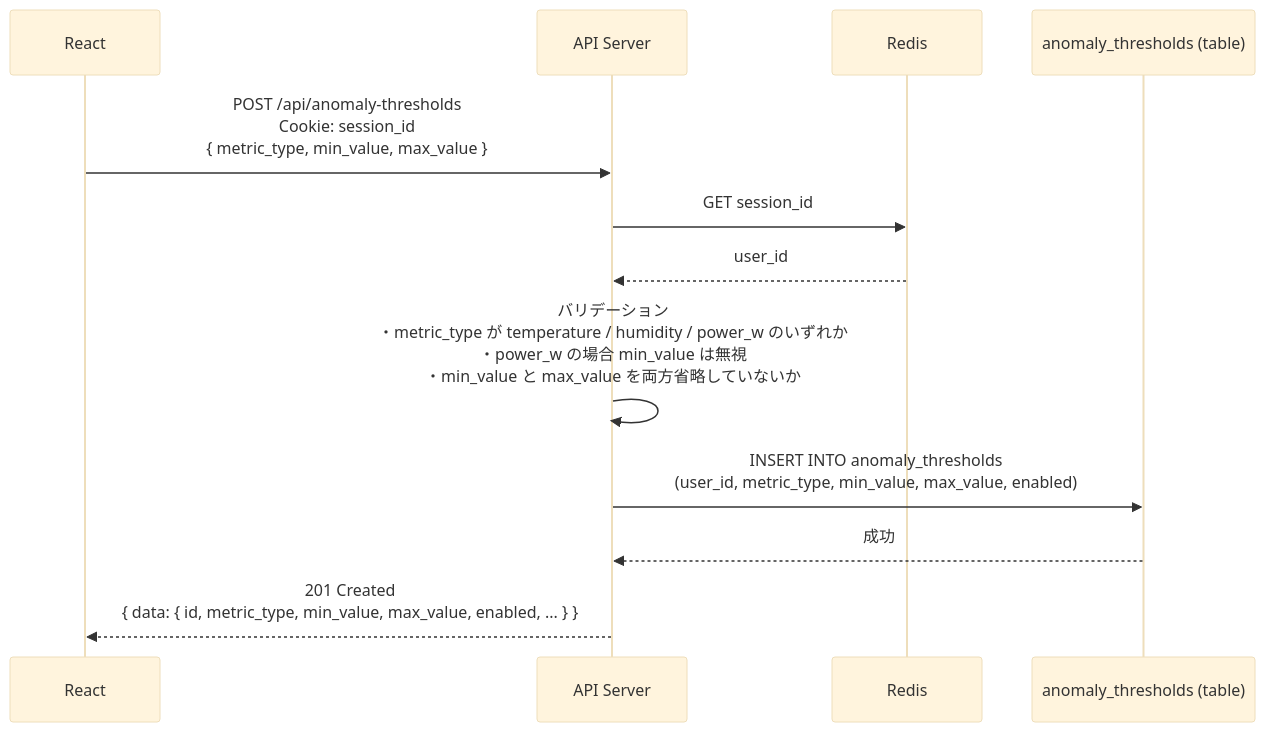
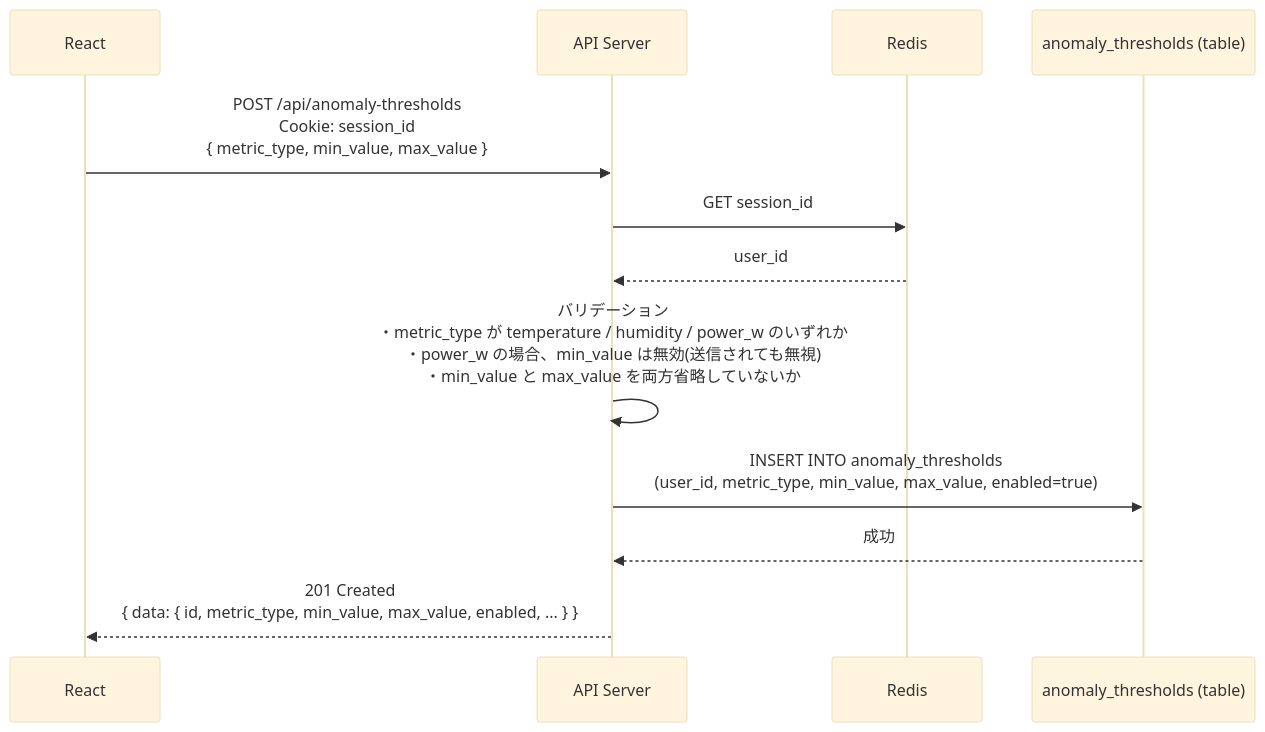
One commit to riaton/home-smart-factory changed the second of 8 diagrams in basic_design/sequence/閾値設定.md. Above: the diagram before and after it, drawn with Mermaid (base theme). The commit also changed 7 other files, not shown here.

````diff
--- a/basic_design/sequence/閾値設定.md
+++ b/basic_design/sequence/閾値設定.md
@@ -32,18 +32,18 @@
 ```mermaid
 sequenceDiagram
     participant React as React
     participant API as API Server
     participant Redis as Redis
     participant Thresholds as anomaly_thresholds (table)
 
     React->>API: POST /api/anomaly-thresholds<br/>Cookie: session_id<br/>{ metric_type, min_value, max_value }
     API->>Redis: GET session_id
     Redis-->>API: user_id
 
-    API->>API: バリデーション<br/>・metric_type が temperature / humidity / power_w のいずれか<br/>・power_w の場合 min_value は無視<br/>・min_value と max_value を両方省略していないか
+    API->>API: バリデーション<br/>・metric_type が temperature / humidity / power_w のいずれか<br/>・power_w の場合、min_value は無効(送信されても無視)<br/>・min_value と max_value を両方省略していないか
 
-    API->>Thresholds: INSERT INTO anomaly_thresholds<br/>(user_id, metric_type, min_value, max_value, enabled)
+    API->>Thresholds: INSERT INTO anomaly_thresholds<br/>(user_id, metric_type, min_value, max_value, enabled=true)
     Thresholds-->>API: 成功
 
     API-->>React: 201 Created<br/>{ data: { id, metric_type, min_value, max_value, enabled, ... } }
 ```
````
